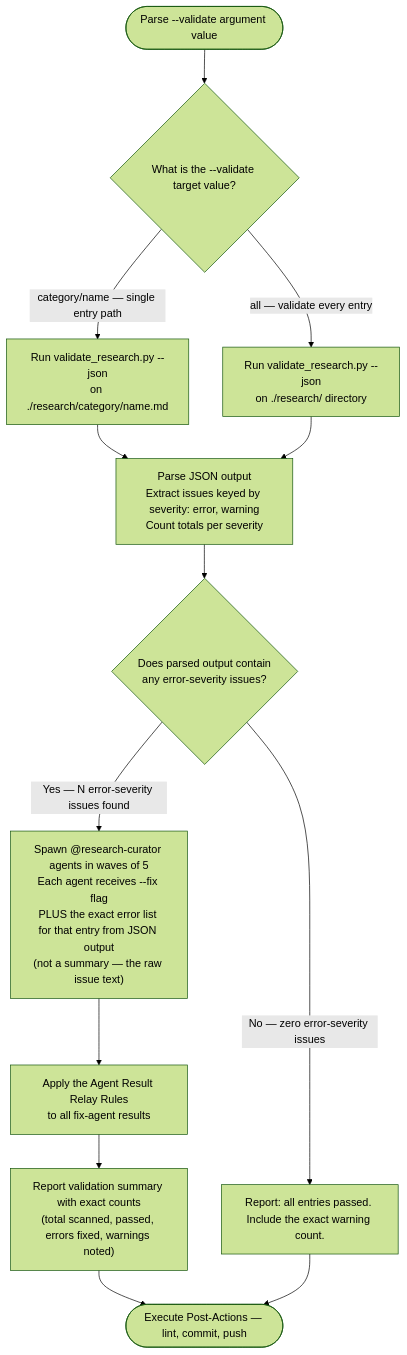
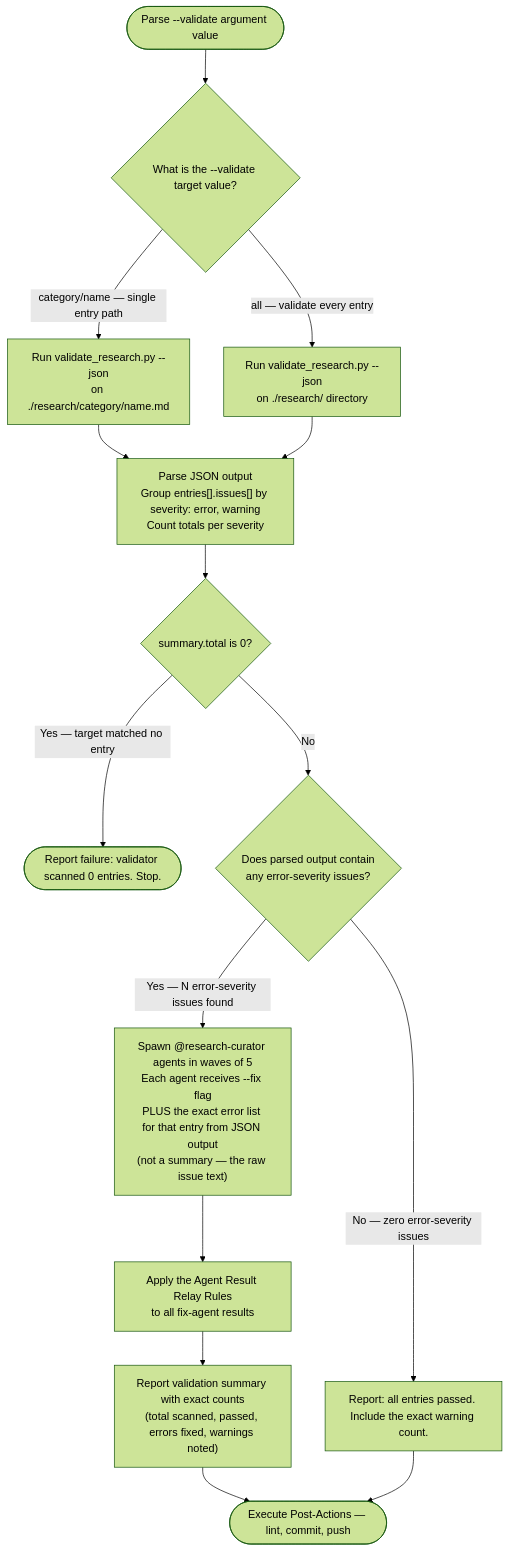
The third of 4 diagrams in .claude/skills/research-curator/SKILL.md (Jamie-BitFlight/claude_skills), drawn with Mermaid (forest theme) before and after one commit. The commit also changed other lines of this file and 16 other files, not shown here.

````diff
--- a/.claude/skills/research-curator/SKILL.md
+++ b/.claude/skills/research-curator/SKILL.md
@@ -214,15 +205,17 @@
 ```mermaid
 flowchart TD
     Start(["Parse --validate argument value"]) --> Q{"What is the --validate target value?"}
     Q -->|"category/name — single entry path"| RunScript["Run validate_research.py --json<br>on ./research/category/name.md"]
     Q -->|"all — validate every entry"| RunScriptAll["Run validate_research.py --json<br>on ./research/ directory"]
-    RunScript --> ParseJSON["Parse JSON output<br>Extract issues keyed by severity: error, warning<br>Count totals per severity"]
+    RunScript --> ParseJSON["Parse JSON output<br>Group entries[].issues[] by severity: error, warning<br>Count totals per severity"]
     RunScriptAll --> ParseJSON
-    ParseJSON --> HasErrors{"Does parsed output contain<br>any error-severity issues?"}
+    ParseJSON --> Zero{"summary.total is 0?"}
+    Zero -->|"Yes — target matched no entry"| ZeroFail(["Report failure: validator scanned 0 entries. Stop."])
+    Zero -->|"No"| HasErrors{"Does parsed output contain<br>any error-severity issues?"}
     HasErrors -->|"Yes — N error-severity issues found"| SpawnFix["Spawn @research-curator agents in waves of 5<br>Each agent receives --fix flag<br>PLUS the exact error list for that entry from JSON output<br>(not a summary — the raw issue text)"]
     HasErrors -->|"No — zero error-severity issues"| ReportClean["Report: all entries passed. Include the exact warning count."]
     SpawnFix --> RelayCheck["Apply the Agent Result Relay Rules<br>to all fix-agent results"]
     RelayCheck --> ReportSummary["Report validation summary with exact counts<br>(total scanned, passed, errors fixed, warnings noted)"]
     ReportSummary --> PostActions(["Execute Post-Actions — lint, commit, push"])
     ReportClean --> PostActions
 ```
````
